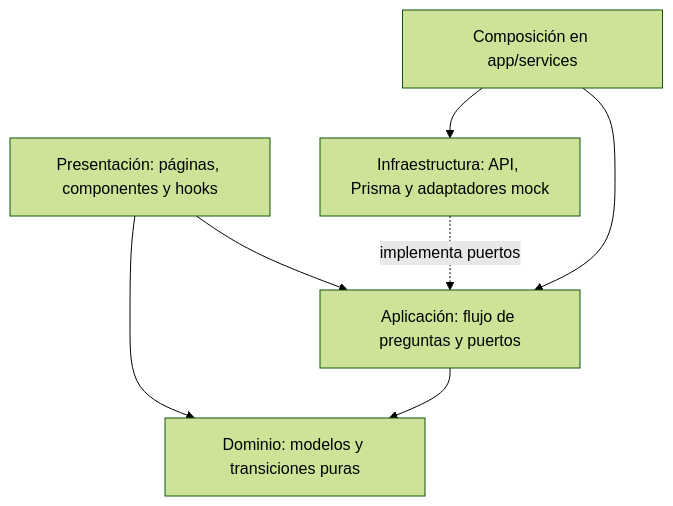
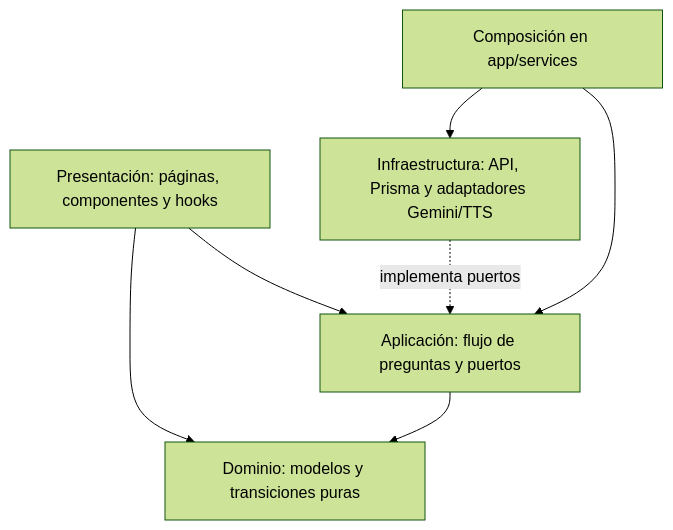
One commit to marianafloreslopez99/Taichi changed the first of 2 diagrams in docs/ARCHITECTURE.md. Above: the diagram before and after it, drawn with Mermaid (forest theme). The commit also changed other lines of this file and 24 other files, not shown here.

````diff
--- a/docs/ARCHITECTURE.md
+++ b/docs/ARCHITECTURE.md
@@ -5,9 +5,9 @@
 ```mermaid
 flowchart TB
   P[Presentación: páginas, componentes y hooks] --> A[Aplicación: flujo de preguntas y puertos]
   P --> D[Dominio: modelos y transiciones puras]
   A --> D
-  I[Infraestructura: API, Prisma y adaptadores mock] -. implementa puertos .-> A
+  I[Infraestructura: API, Prisma y adaptadores Gemini/TTS] -. implementa puertos .-> A
   C[Composición en app/services] --> I
   C --> A
 ```
````
